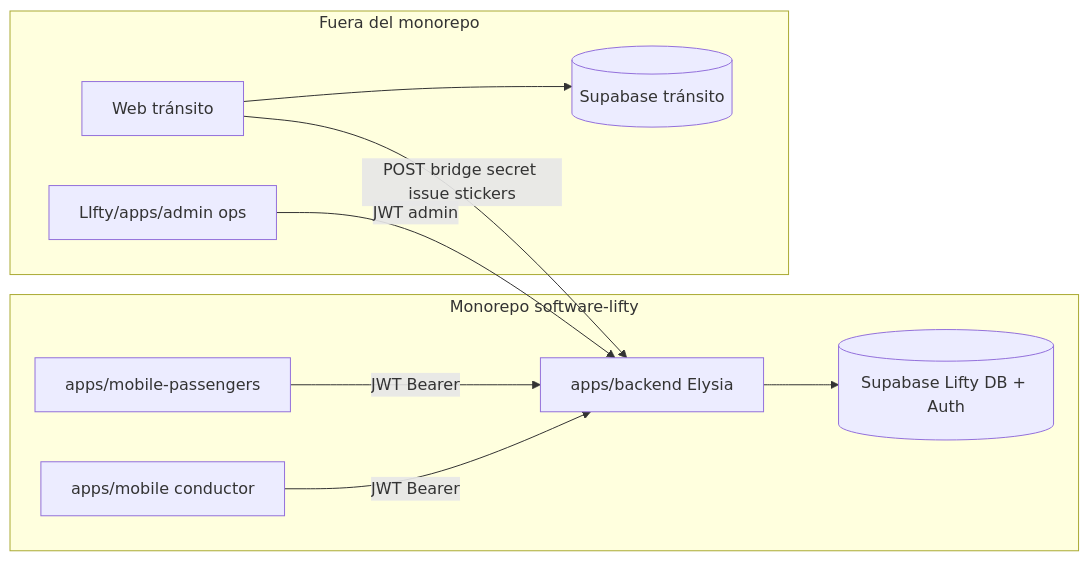
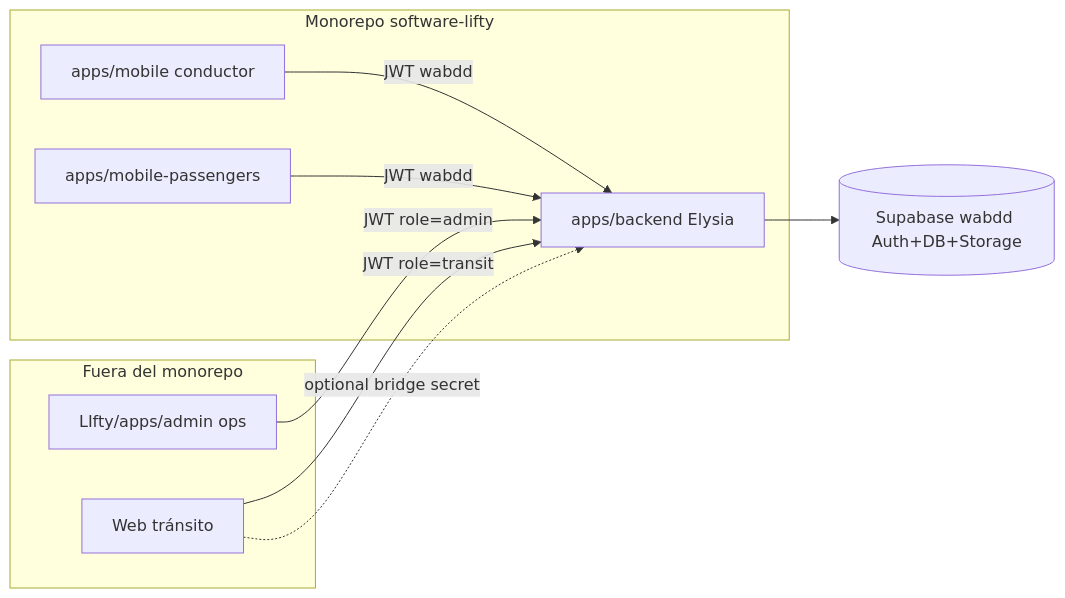
One commit to Estudio-Nomade/software-lifty changed the first of 2 diagrams in specs/spec-admin-panel-stickers-gate/architecture.md. Above: the diagram before and after it, drawn with Mermaid. The commit also changed other lines of this file and 2 other files, not shown here.

First line of the commit message:
docs(spec): single supabase wabdd for admin and transit

````diff
--- a/specs/spec-admin-panel-stickers-gate/architecture.md
+++ b/specs/spec-admin-panel-stickers-gate/architecture.md
@@ -7,22 +7,22 @@
 ```mermaid
 flowchart LR
   subgraph liftyMono["Monorepo software-lifty"]
     mobileDrv["apps/mobile conductor"]
     mobilePax["apps/mobile-passengers"]
     api["apps/backend Elysia"]
-    sbLifty[("Supabase Lifty DB + Auth")]
   end
 
   subgraph afuera["Fuera del monorepo"]
     adminWeb["LIfty/apps/admin ops"]
     transitWeb["Web tránsito"]
-    sbTransit[("Supabase tránsito")]
   end
 
-  mobileDrv -->|JWT Bearer| api
-  mobilePax -->|JWT Bearer| api
-  adminWeb -->|JWT admin| api
+  sbLifty[("Supabase wabdd Auth+DB+Storage")]
+
+  mobileDrv -->|JWT wabdd| api
+  mobilePax -->|JWT wabdd| api
+  adminWeb -->|JWT role=admin| api
+  transitWeb -->|JWT role=transit| api
+  transitWeb -.->|"optional bridge secret"| api
   api --> sbLifty
-  transitWeb --> sbTransit
-  transitWeb -->|"POST bridge secret issue stickers"| api
 ```
````
